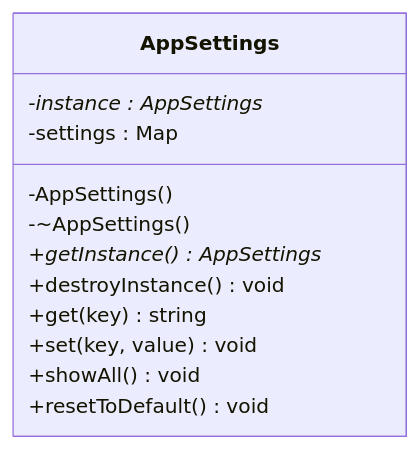
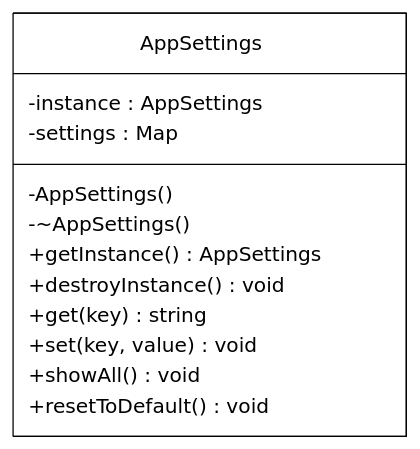
One commit to vorot-nik-ov/design-patterns changed the diagram in 01-creational/Singleton/README.md. Above: the diagram before and after it, drawn with Mermaid. The commit also changed other lines of this file, not shown here.

````diff
--- a/01-creational/Singleton/README.md
+++ b/01-creational/Singleton/README.md
@@ -11,15 +11,16 @@
 ```mermaid
 classDiagram
-    class AppSettings {
-        -instance : AppSettings*
-        -settings : Map
-        -AppSettings()
-        -~AppSettings()
-        +getInstance() AppSettings*
-        +destroyInstance() void
-        +get(key) string
-        +set(key, value) void
-        +showAll() void
-        +resetToDefault() void
-    }
+class AppSettings {
+-instance : AppSettings*
+-settings : Map
+-AppSettings()
+-~AppSettings()
++getInstance() AppSettings*
++destroyInstance() void
++get(key) string
++set(key, value) void
++showAll() void
++resetToDefault() void
+}
+style AppSettings fill:transparent,stroke:#000,color:#000,font-style:normal,font-weight:normal
 ```
````
